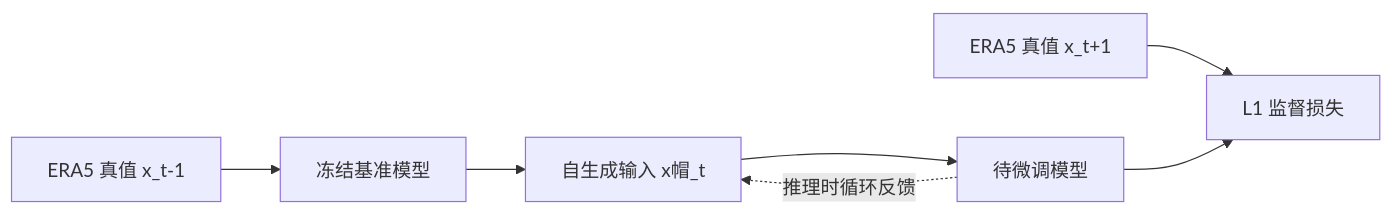
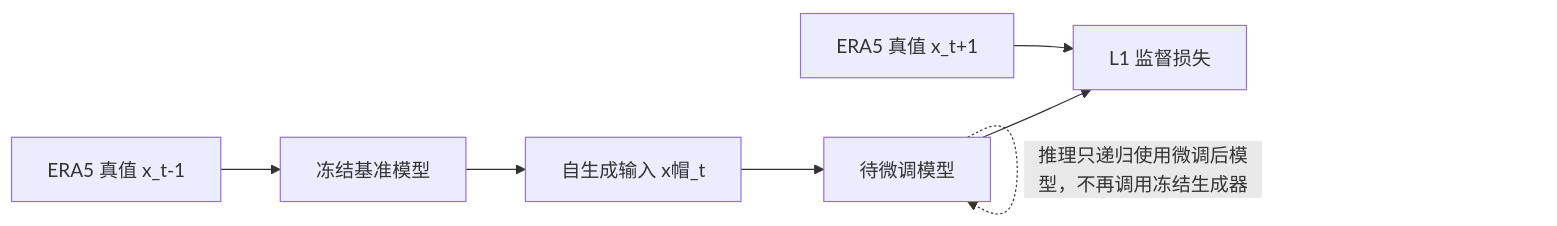
One commit to morestart/weather-dl-paper-notes changed the diagram in notes/medium-range/31-soft.md. Above: the diagram before and after it, drawn with Mermaid. The commit also changed other lines of this file and 2 other files, not shown here.

````diff
--- a/notes/medium-range/31-soft.md
+++ b/notes/medium-range/31-soft.md
@@ -28,9 +28,9 @@
 ```mermaid
 flowchart LR
   A[ERA5 真值 x_t-1] --> B[冻结基准模型]
   B --> C[自生成输入 x帽_t]
   C --> D[待微调模型]
   E[ERA5 真值 x_t+1] --> F[L1 监督损失]
   D --> F
-  D -.推理时循环反馈.-> C
+  D -.推理只递归使用微调后模型，不再调用冻结生成器.-> D
 ```
````
